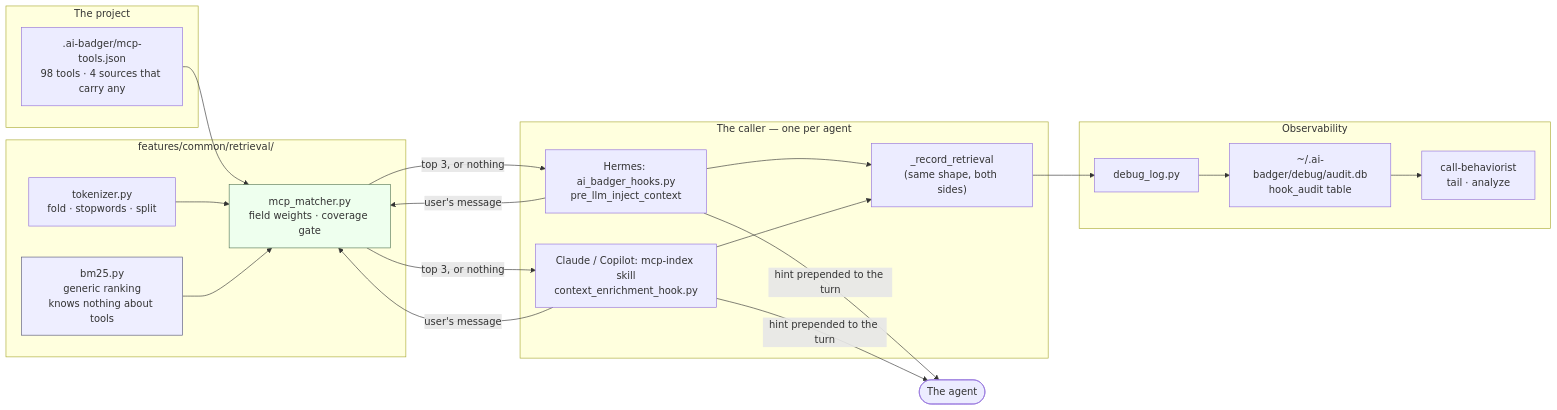
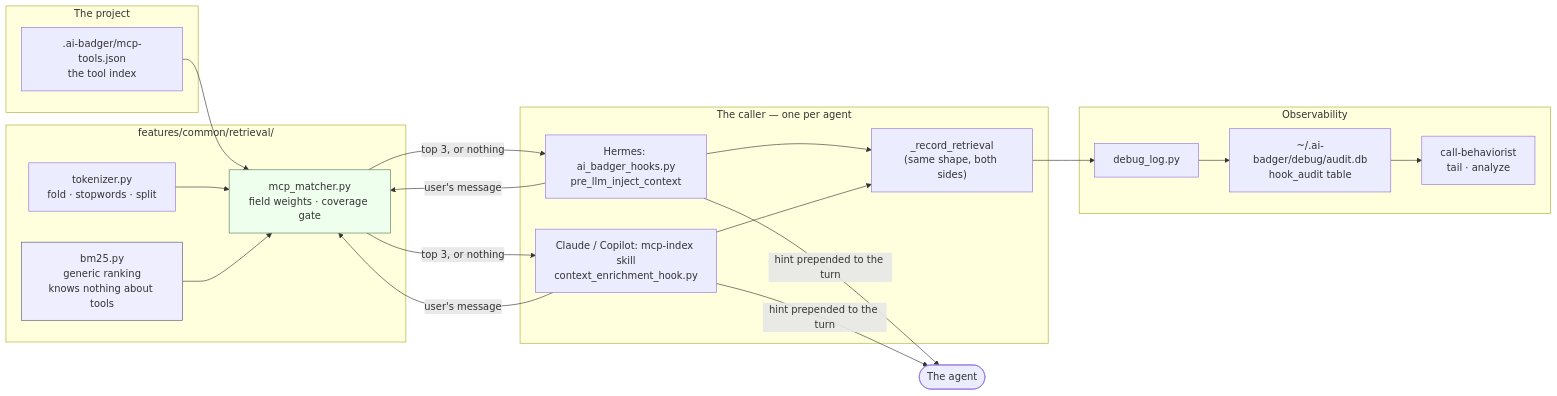
Before and after one commit to Arasz/ai-badger: the first of 3 diagrams in docs/retrieval.md, drawn with Mermaid. The commit also changed other lines of this file and 16 other files, not shown here.

````diff
--- a/docs/retrieval.md
+++ b/docs/retrieval.md
@@ -48,39 +46,39 @@
 ```mermaid
 flowchart LR
     subgraph project["The project"]
-        idx[".ai-badger/mcp-tools.json<br/>98 tools · 4 sources that carry any"]
+        idx[".ai-badger/mcp-tools.json<br/>the tool index"]
     end
 
     subgraph retrieval["features/common/retrieval/"]
         tok["tokenizer.py<br/>fold · stopwords · split"]
         bm["bm25.py<br/>generic ranking<br/>knows nothing about tools"]
         mm["mcp_matcher.py<br/>field weights · coverage gate"]
     end
 
     subgraph hook["The caller — one per agent"]
         enrich["Hermes: ai_badger_hooks.py<br/>pre_llm_inject_context"]
         enrich2["Claude / Copilot: mcp-index skill<br/>context_enrichment_hook.py"]
         rec["_record_retrieval<br/>(same shape, both sides)"]
     end
 
     subgraph obs["Observability"]
         dl["debug_log.py"]
         audit["~/.ai-badger/debug/audit.db<br/>hook_audit table"]
         beh["call-behaviorist<br/>tail · analyze"]
     end
 
     idx --> mm
     tok --> mm
     bm --> mm
     enrich -- "user's message" --> mm
     enrich2 -- "user's message" --> mm
     mm -- "top 3, or nothing" --> enrich
     mm -- "top 3, or nothing" --> enrich2
     enrich -- "hint prepended to the turn" --> agent(["The agent"])
     enrich2 -- "hint prepended to the turn" --> agent
     enrich --> rec --> dl --> audit --> beh
     enrich2 --> rec
 
     style bm fill:#eef,stroke:#557
     style mm fill:#efe,stroke:#575
 ```
````
